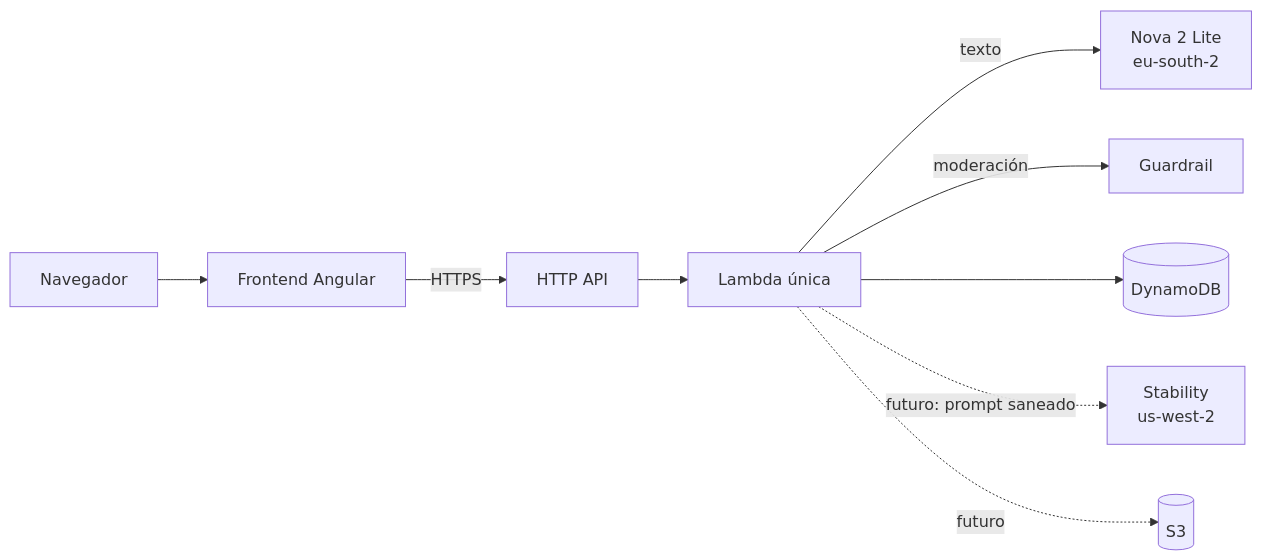
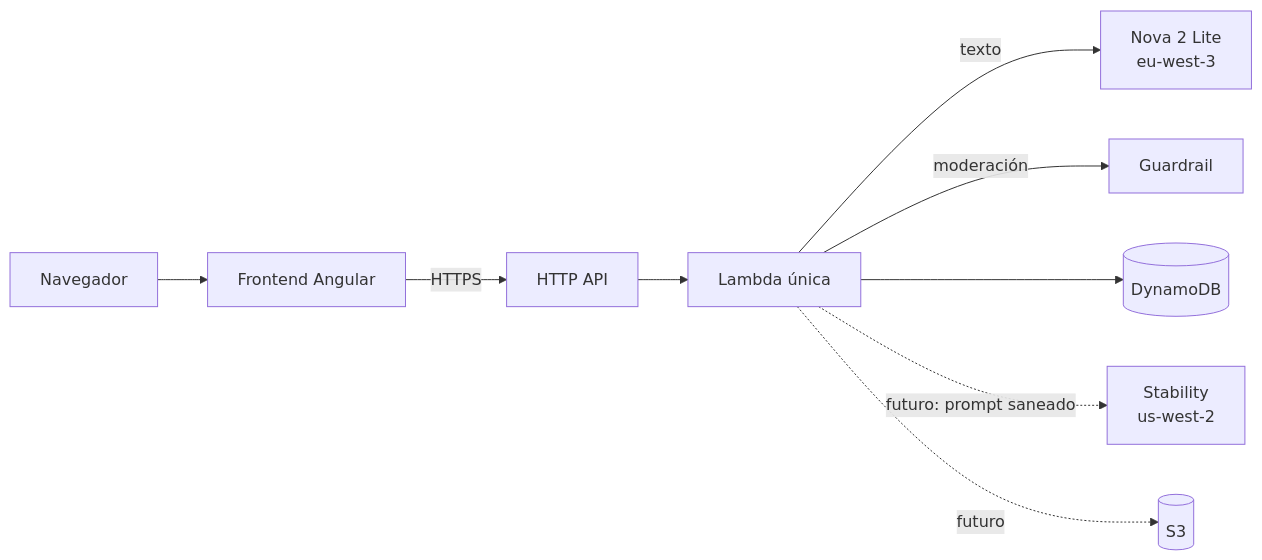
The first of 2 diagrams in docs/documento-tecnico.md (jllarreag/nightmare), drawn with Mermaid before and after one commit. The commit also changed other lines of this file and 36 other files, not shown here.

````diff
--- a/docs/documento-tecnico.md
+++ b/docs/documento-tecnico.md
@@ -32,11 +32,11 @@
 ```mermaid
 flowchart LR
   U[Navegador] --> FE[Frontend Angular]
   FE -->|HTTPS| API[HTTP API]
   API --> L[Lambda única]
-  L -->|texto| NOVA[Nova 2 Lite<br/>eu-south-2]
+  L -->|texto| NOVA[Nova 2 Lite<br/>eu-west-3]
   L -->|moderación| GR[Guardrail]
   L --> DB[(DynamoDB)]
   L -.->|futuro: prompt saneado| IMG[Stability<br/>us-west-2]
   L -.->|futuro| S3[(S3)]
 ```
````
